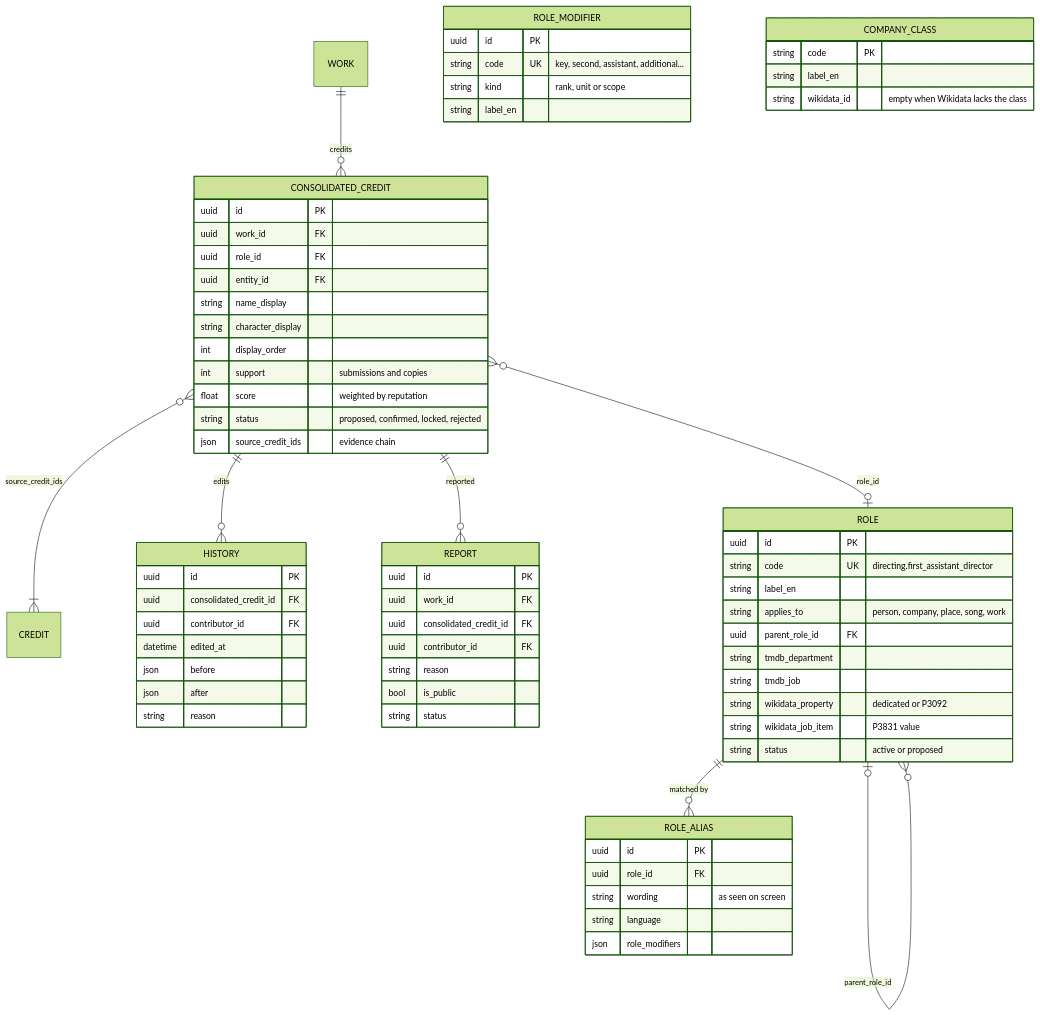
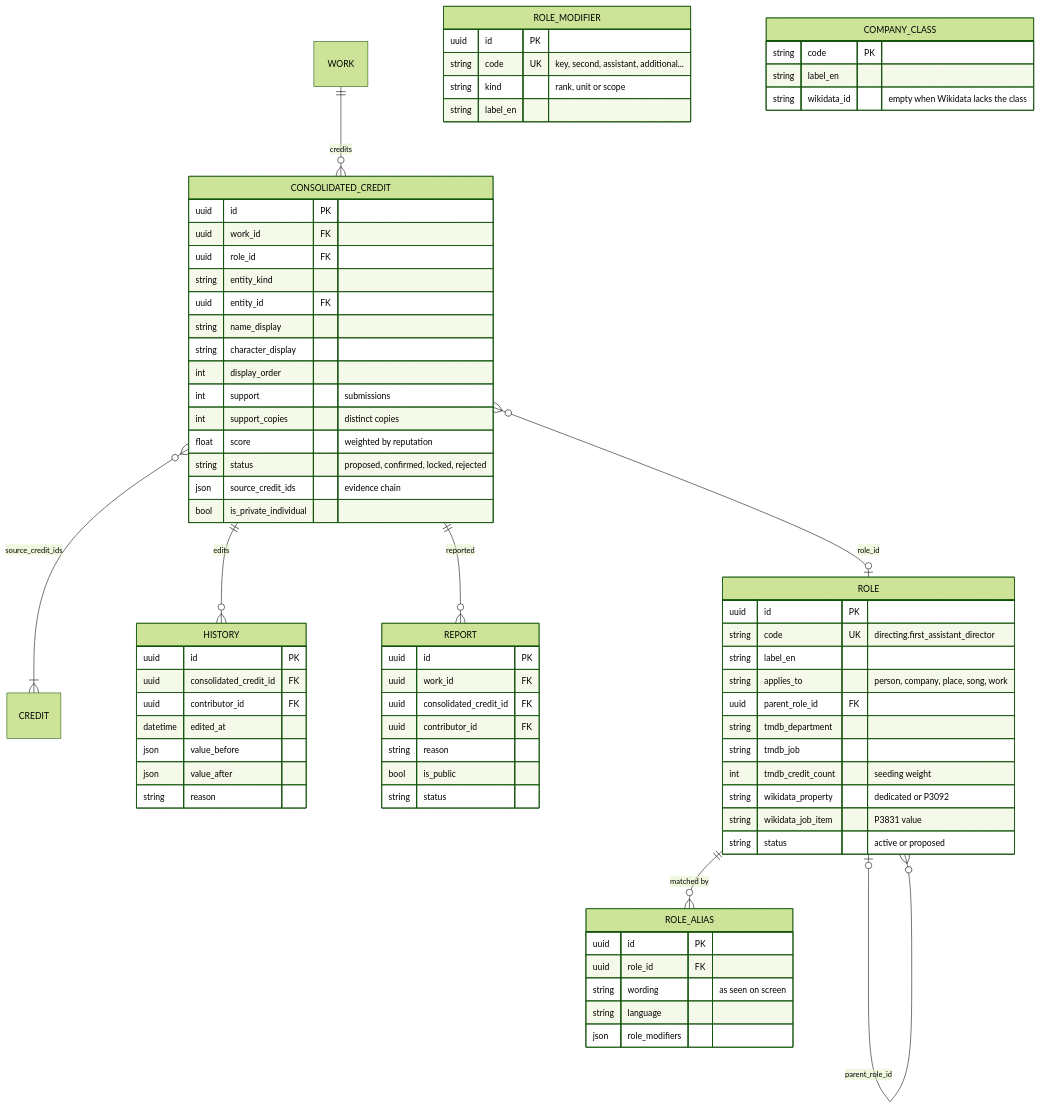
One commit to vaugouin/open-credits changed the fifth of 5 diagrams in doc/data-model.md. Above: the diagram before and after it, drawn with Mermaid (forest theme). The commit also changed other lines of this file and 5 other files, not shown here.

````diff
--- a/doc/data-model.md
+++ b/doc/data-model.md
@@ -564,72 +574,76 @@
 ```mermaid
 erDiagram
     WORK ||--o{ CONSOLIDATED_CREDIT : "credits"
     CONSOLIDATED_CREDIT }o--|{ CREDIT : "source_credit_ids"
     CONSOLIDATED_CREDIT ||--o{ HISTORY : "edits"
     CONSOLIDATED_CREDIT ||--o{ REPORT : "reported"
     CONSOLIDATED_CREDIT }o--o| ROLE : "role_id"
     ROLE ||--o{ ROLE_ALIAS : "matched by"
     ROLE |o--o{ ROLE : "parent_role_id"
 
     CONSOLIDATED_CREDIT {
         uuid id PK
         uuid work_id FK
         uuid role_id FK
+        string entity_kind
         uuid entity_id FK
         string name_display
         string character_display
         int display_order
-        int support "submissions and copies"
+        int support "submissions"
+        int support_copies "distinct copies"
         float score "weighted by reputation"
         string status "proposed, confirmed, locked, rejected"
         json source_credit_ids "evidence chain"
+        bool is_private_individual
     }
     HISTORY {
         uuid id PK
         uuid consolidated_credit_id FK
         uuid contributor_id FK
         datetime edited_at
-        json before
-        json after
+        json value_before
+        json value_after
         string reason
     }
     REPORT {
         uuid id PK
         uuid work_id FK
         uuid consolidated_credit_id FK
         uuid contributor_id FK
         string reason
         bool is_public
         string status
     }
     ROLE {
         uuid id PK
         string code UK "directing.first_assistant_director"
         string label_en
         string applies_to "person, company, place, song, work"
         uuid parent_role_id FK
         string tmdb_department
         string tmdb_job
+        int tmdb_credit_count "seeding weight"
         string wikidata_property "dedicated or P3092"
         string wikidata_job_item "P3831 value"
         string status "active or proposed"
     }
     ROLE_MODIFIER {
         uuid id PK
         string code UK "key, second, assistant, additional..."
         string kind "rank, unit or scope"
         string label_en
     }
     ROLE_ALIAS {
         uuid id PK
         uuid role_id FK
         string wording "as seen on screen"
         string language
         json role_modifiers
     }
     COMPANY_CLASS {
         string code PK
         string label_en
         string wikidata_id "empty when Wikidata lacks the class"
     }
 ```
````
